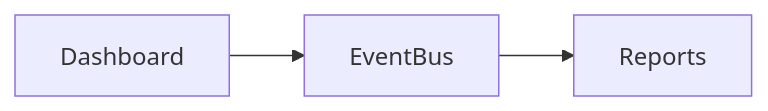
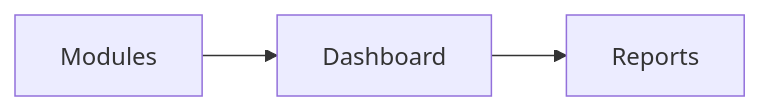
Before and after one commit to sameheg/cafeos: the diagram in ModulesDoc/DASHBOARD.md, drawn with Mermaid. The commit also changed other lines of this file and 21 other files, not shown here.

````diff
--- a/ModulesDoc/DASHBOARD.md
+++ b/ModulesDoc/DASHBOARD.md
@@ -16,5 +16,5 @@
 ```mermaid
 flowchart LR
-  A[Dashboard] --> B[EventBus]
-  B --> C[Reports]
+  Modules --> Dashboard
+  Dashboard --> Reports
 ```
````
